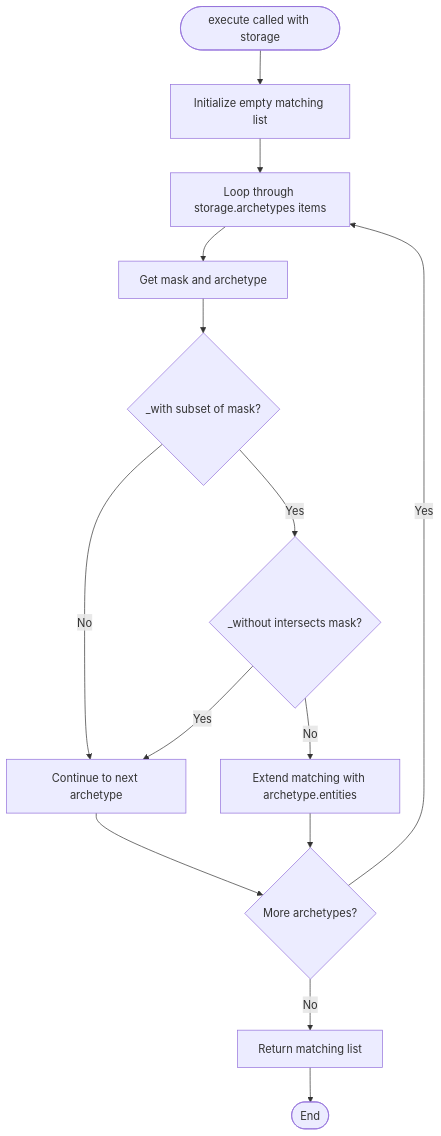
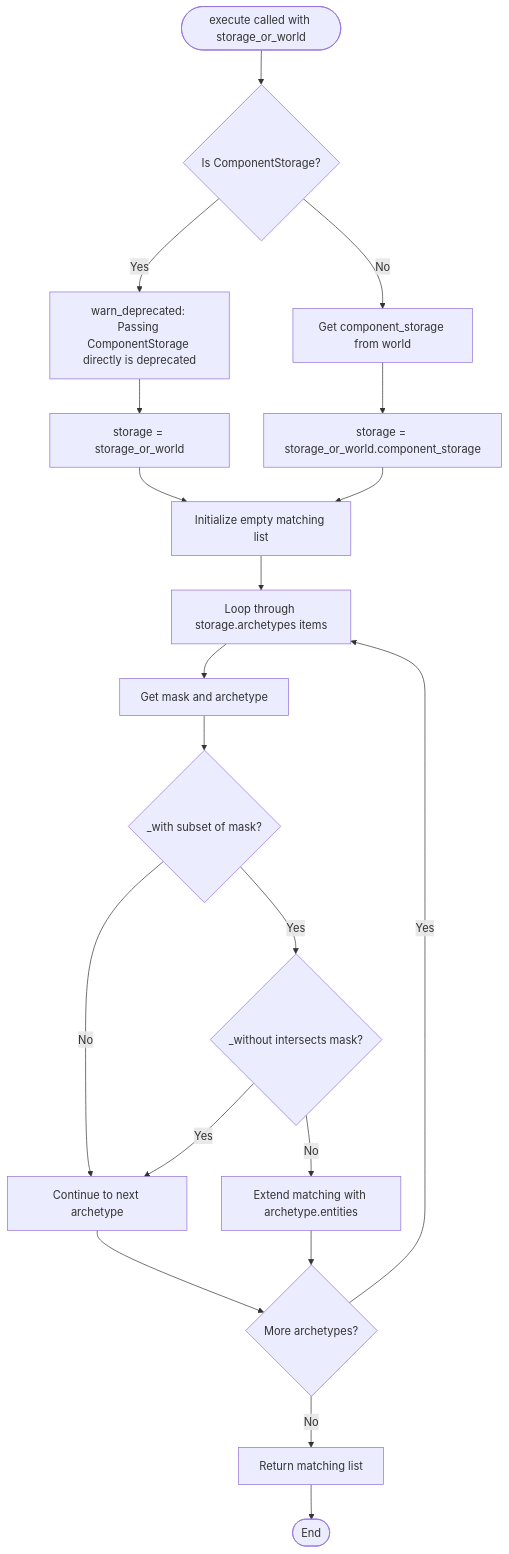
The diagram in mermaid/Query/execute.mermaid (brodycritchlow/PyECS), drawn with Mermaid before and after one commit.

Commit message:
feat: update flowchart to reflect changes in storage handling and deprecation warning

```diff
--- a/mermaid/Query/execute.mermaid
+++ b/mermaid/Query/execute.mermaid
@@ -1,21 +1,30 @@
 flowchart TD
-    Start([execute called with storage]) --> InitList[Initialize empty matching list]
+    Start([execute called with storage_or_world]) --> CheckType{Is ComponentStorage?}
+    
+    CheckType -->|Yes| WarnDeprecated[warn_deprecated: Passing ComponentStorage directly is deprecated]
+    CheckType -->|No| GetStorage[Get component_storage from world]
+    
+    WarnDeprecated --> SetStorage1[storage = storage_or_world]
+    GetStorage --> SetStorage2[storage = storage_or_world.component_storage]
+    
+    SetStorage1 --> InitList[Initialize empty matching list]
+    SetStorage2 --> InitList
     
     InitList --> LoopArchetypes[Loop through storage.archetypes items]
     LoopArchetypes --> GetMaskAndArch[Get mask and archetype]
     
     GetMaskAndArch --> CheckWith{_with subset of mask?}
     
     CheckWith -->|No| NextArchetype[Continue to next archetype]
     CheckWith -->|Yes| CheckWithout{_without intersects mask?}
     
     CheckWithout -->|Yes| NextArchetype
     CheckWithout -->|No| ExtendMatching[Extend matching with archetype.entities]
     
     NextArchetype --> MoreArchetypes{More archetypes?}
     ExtendMatching --> MoreArchetypes
     
     MoreArchetypes -->|Yes| LoopArchetypes
     MoreArchetypes -->|No| ReturnMatching[Return matching list]
     
     ReturnMatching --> End([End])
```
